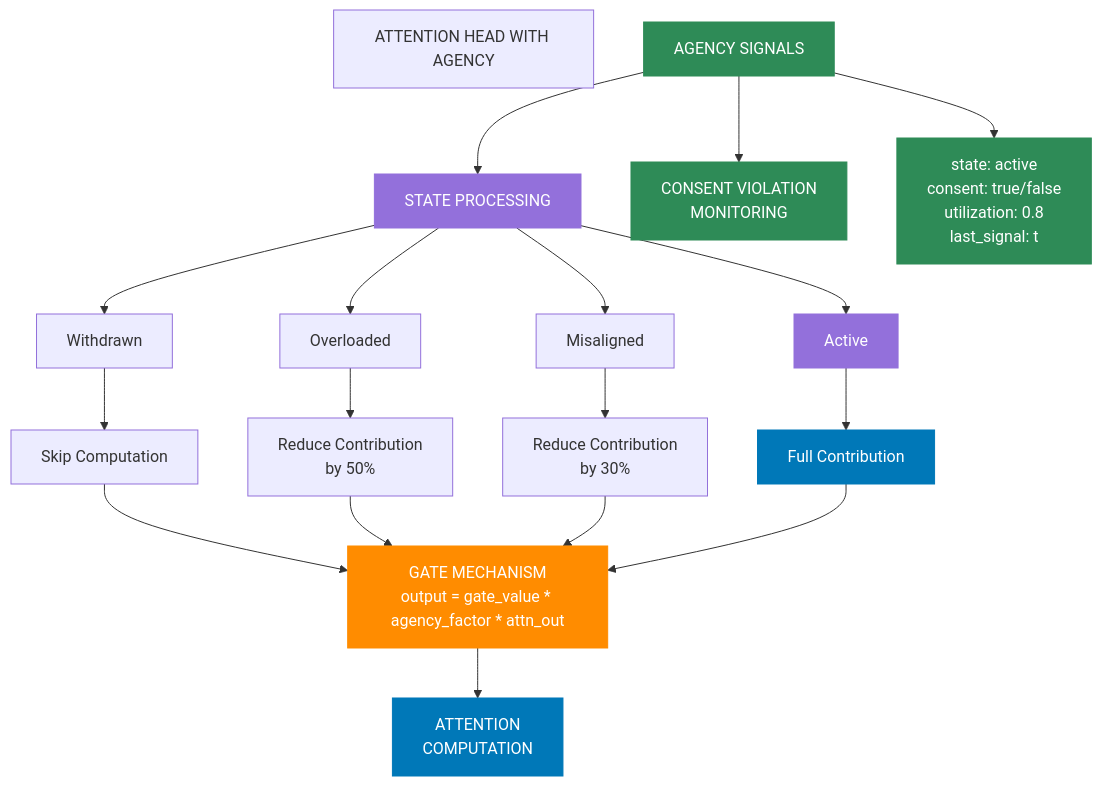
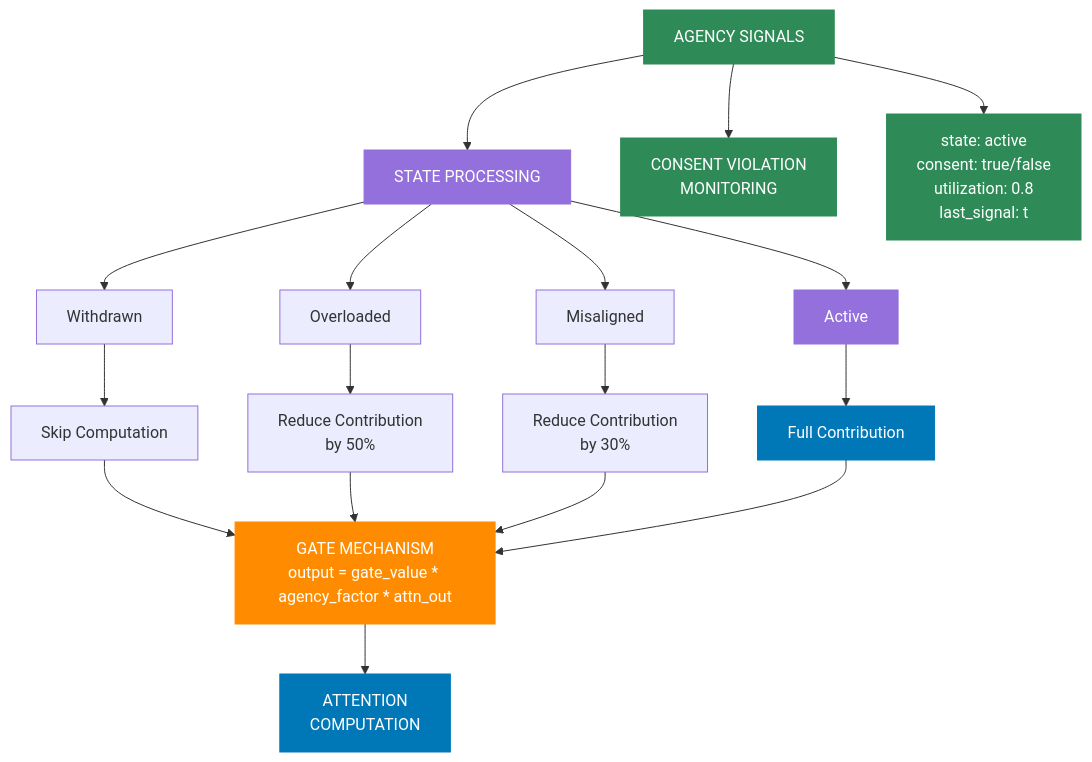
Before and after one commit to CambrianTech/sentinel-ai: the second of 6 diagrams in README.md, drawn with Mermaid. The commit also changed other lines of this file and 1 other file, not shown here.

First line of the commit message:
Fix/diagram colors and captions (#34)

````diff
--- a/README.md
+++ b/README.md
@@ -96,62 +95,60 @@
 ```mermaid
 flowchart TD
     classDef standard fill:#333,stroke:#333,stroke-width:1px,color:#fff
     classDef agency fill:#2e8b57,stroke:#2e8b57,stroke-width:1px,color:#fff
     classDef state fill:#9370db,stroke:#9370db,stroke-width:1px,color:#fff
     classDef computation fill:#0078b8,stroke:#0078b8,stroke-width:1px,color:#fff
     classDef gate fill:#ff8c00,stroke:#ff8c00,stroke-width:1px,color:#fff
     
     %% Main Components
-    header["ATTENTION HEAD WITH AGENCY"]
     signals["AGENCY SIGNALS"]
     stateProcessing["STATE PROCESSING"]
     monitor["CONSENT VIOLATION<br/>MONITORING"]
     attention["ATTENTION<br/>COMPUTATION"]
     gate["GATE MECHANISM<br/>output = gate_value * agency_factor * attn_out"]
     
     %% Agency Signal Components
     active["state: active<br/>consent: true/false<br/>utilization: 0.8<br/>last_signal: t"]
     
     %% State Components
     withdrawn["Withdrawn"]
     overloaded["Overloaded"]
     misaligned["Misaligned"]
     activeState["Active"]
     
     %% Action Components
     skipComputation["Skip Computation"]
     reduce50["Reduce Contribution<br/>by 50%"]
     reduce30["Reduce Contribution<br/>by 30%"]
     fullContribution["Full Contribution"]
     
     %% Connections
         signals --> active
     
     signals --> stateProcessing
     signals --> monitor
     
     stateProcessing --> withdrawn & overloaded & misaligned & activeState
     
     withdrawn --> skipComputation
     overloaded --> reduce50
     misaligned --> reduce30
     activeState --> fullContribution
     
     skipComputation & reduce50 & reduce30 & fullContribution --> gate
     
     gate --> attention
     
     %% Styling
-    header:::header
     signals:::agency
     stateProcessing:::state
     monitor:::agency
     attention:::computation
     gate:::gate
     
     active:::agency
     
     withdrawn & overloaded & misaligned & activeState:::state
     
     skipComputation & reduce50 & reduce30 & fullContribution:::computation
 ```
````
